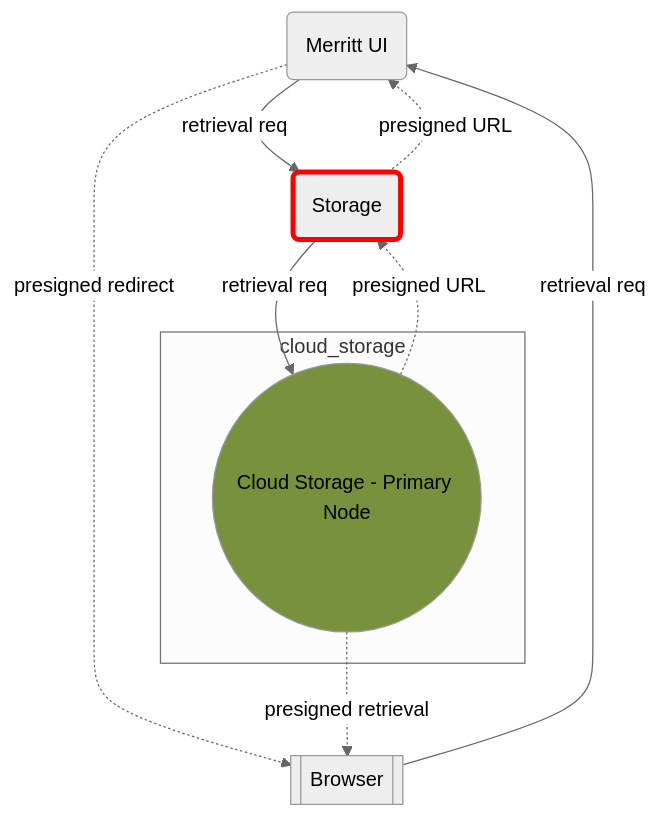
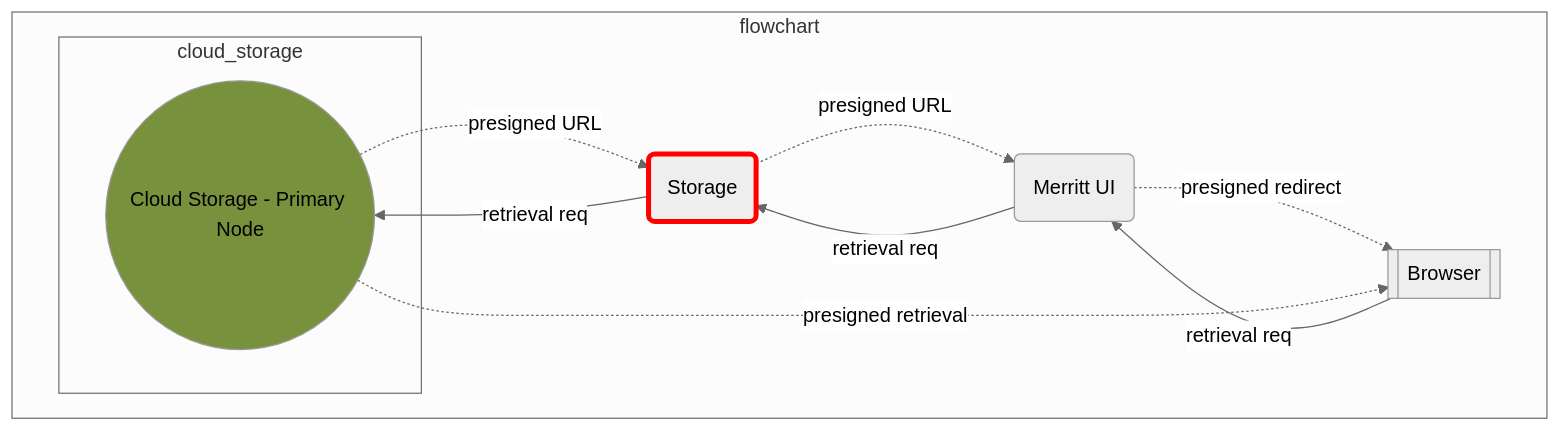
Before and after one commit to CDLUC3/mrt-doc: the diagram in diagrams/store-file.mmd, drawn with Mermaid. The commit also changed 34 other files, not shown here.

```diff
--- a/diagrams/store-file.mmd
+++ b/diagrams/store-file.mmd
@@ -1,19 +1,22 @@
 %%{init: {'theme': 'neutral'}}%%
 graph TD
   UI("Merritt UI")
   ST(Storage)
   BROWSER[[Browser]]
-  subgraph cloud_storage
-    CLOUD(("Cloud Storage - Primary Node"))
+
+  subgraph flowchart
+
+    subgraph cloud_storage
+      CLOUD(("Cloud Storage - Primary Node"))
+    end
+
+    BROWSER --> |retrieval req| UI
+    UI -.-> |presigned redirect| BROWSER
+    UI --> |retrieval req| ST
+    ST --> |retrieval req| CLOUD
+    CLOUD -.-> |presigned URL| ST
+    ST -.-> |presigned URL| UI
+    CLOUD -.-> |presigned retrieval| BROWSER
   end
-
-  BROWSER --> |retrieval req| UI
-  UI -.-> |presigned redirect| BROWSER
-  UI --> |retrieval req| ST
-  ST --> |retrieval req| CLOUD
-  CLOUD -.-> |presigned URL| ST
-  ST -.-> |presigned URL| UI
-  CLOUD -.-> |presigned retrieval| BROWSER
-
   style CLOUD fill:#77913C
   style ST stroke:red,stroke-width:4px
```
